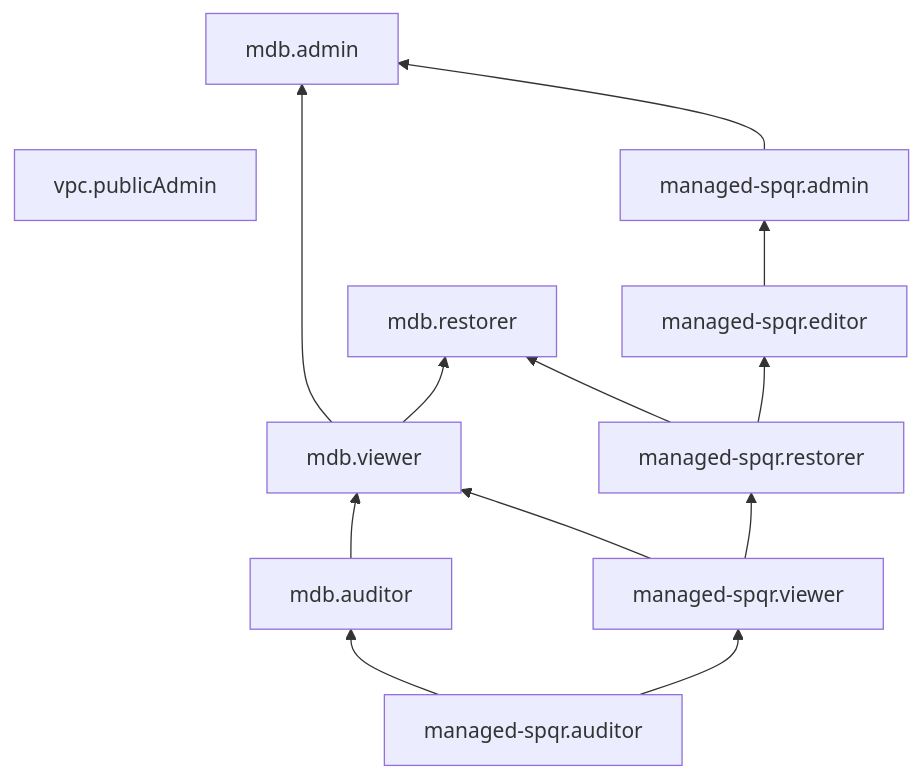
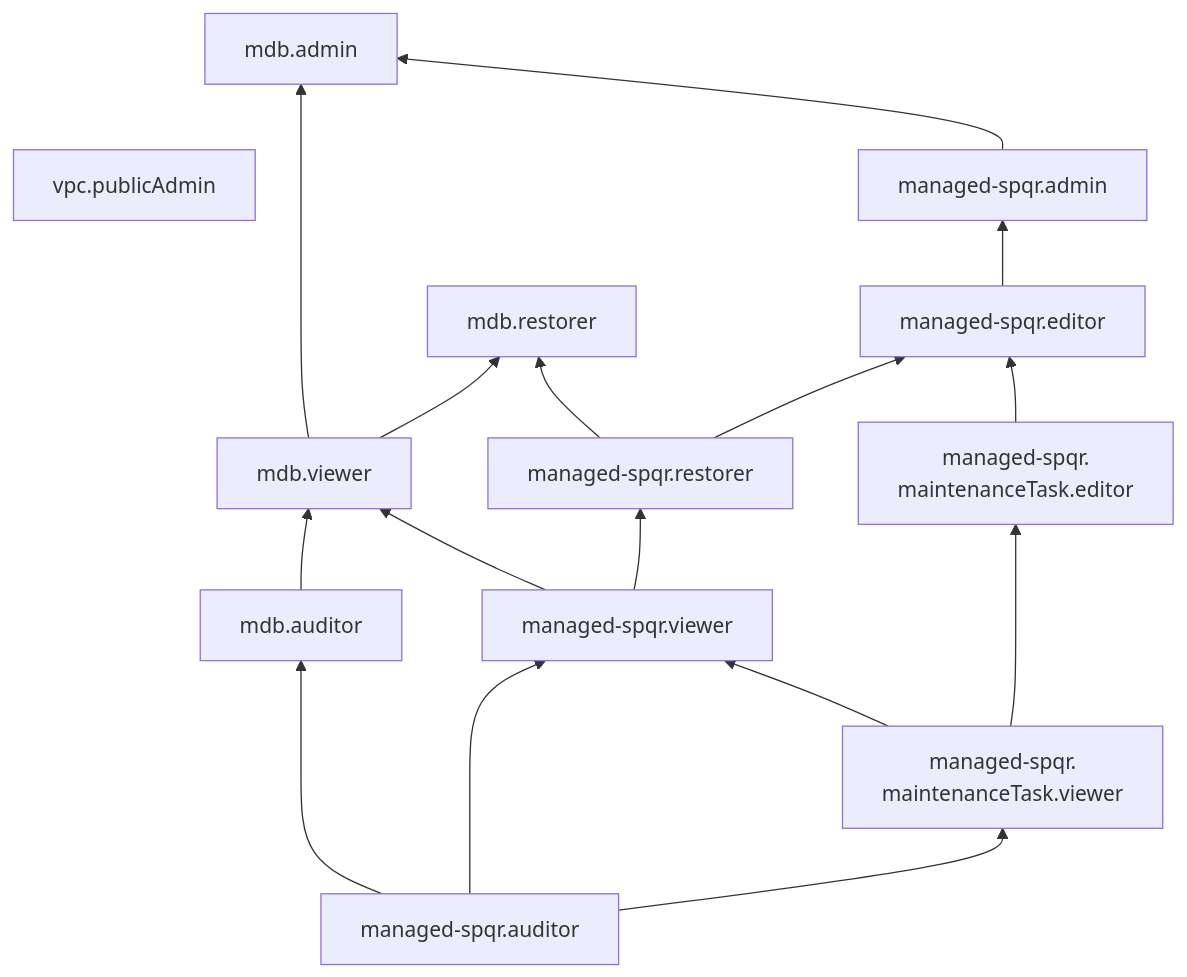
The diagram in en/_mermaid/roles/managed-spqr.md (yandex-cloud/docs), drawn with Mermaid before and after one commit. The commit also changed 584 other files, not shown here.

````diff
--- a/en/_mermaid/roles/managed-spqr.md
+++ b/en/_mermaid/roles/managed-spqr.md
@@ -1,15 +1,21 @@
 ```mermaid
 flowchart BT
     vpc.publicAdmin ~~~ mdb.admin
     mdb.viewer --> mdb.admin
     mdb.auditor --> mdb.viewer
     mdb.viewer --> mdb.restorer
     managed-spqr.restorer --> mdb.restorer
     managed-spqr.admin --> mdb.admin
     managed-spqr.viewer --> mdb.viewer
     managed-spqr.auditor --> mdb.auditor    
     managed-spqr.editor --> managed-spqr.admin
     managed-spqr.viewer --> managed-spqr.restorer
+    managed-spqr.auditor --> managed-spqr.viewer
     managed-spqr.restorer --> managed-spqr.editor
-    managed-spqr.auditor --> managed-spqr.viewer
+    managed-spqr.maintenanceTask.editor --> managed-spqr.editor
+    managed-spqr.maintenanceTask.viewer --> managed-spqr.viewer
+    managed-spqr.auditor --> managed-spqr.maintenanceTask.viewer["`managed-spqr.
+    maintenanceTask.viewer`"]
+    managed-spqr.maintenanceTask.viewer --> managed-spqr.maintenanceTask.editor["`managed-spqr.
+    maintenanceTask.editor`"]
 ```
````
